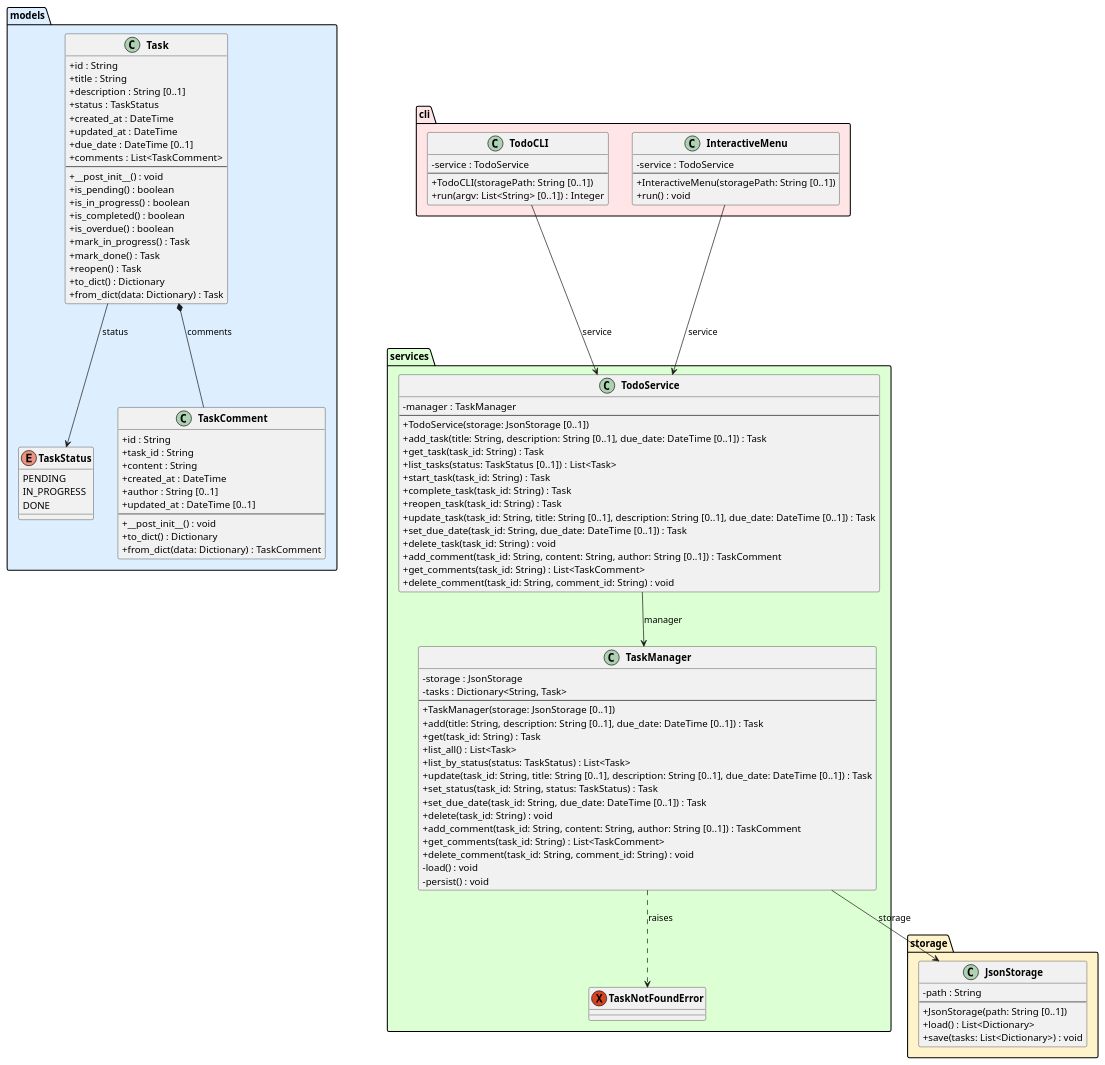
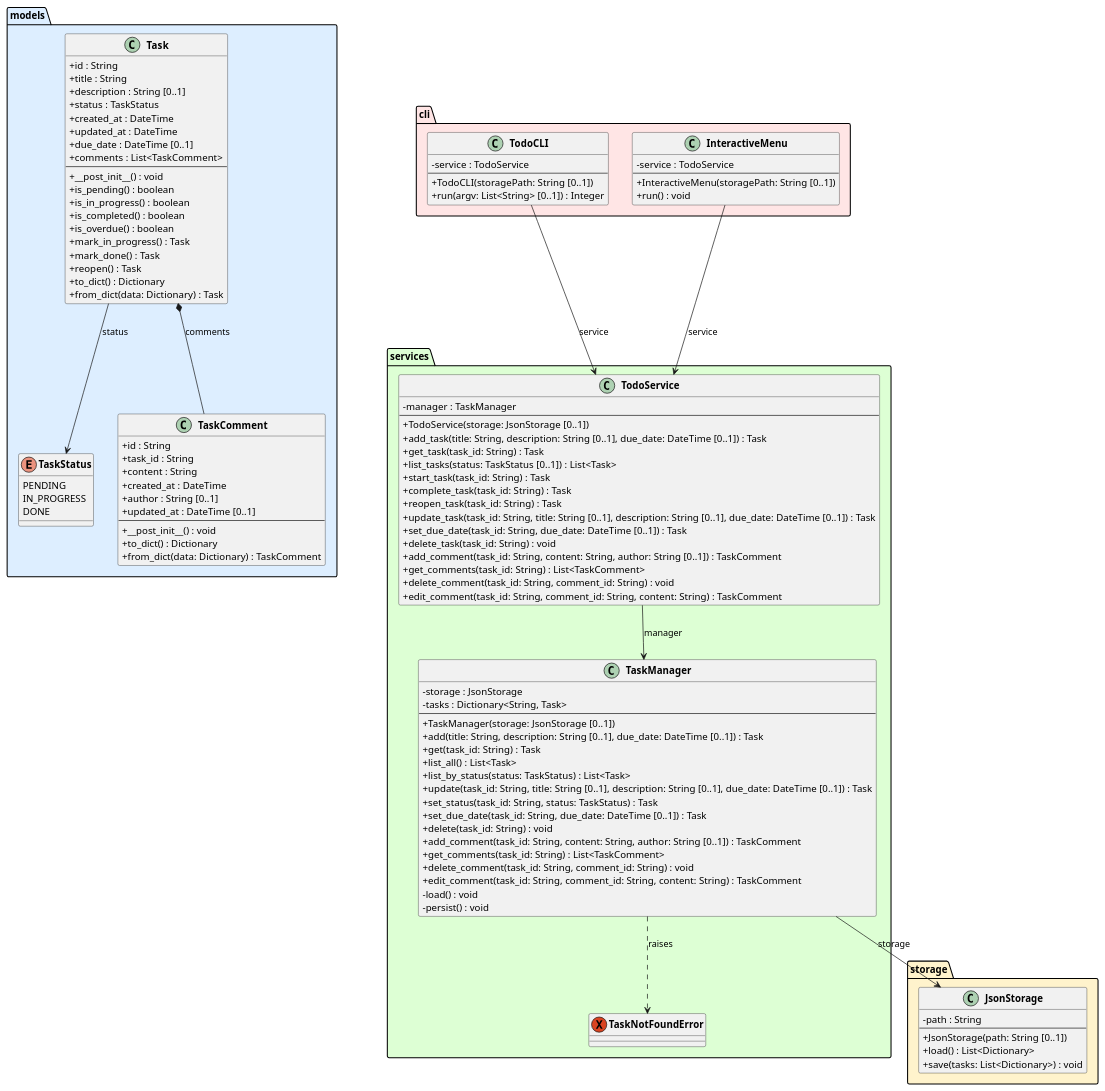
The diagram in experiments/pipeline/user_stories/TODO/artifacts/class_diagram.puml (DanielRiha8906/Software_autoevolution_using_agents), drawn with PlantUML before and after one commit. The commit also changed 14 other files, not shown here.

```diff
--- a/experiments/pipeline/user_stories/TODO/artifacts/class_diagram.puml
+++ b/experiments/pipeline/user_stories/TODO/artifacts/class_diagram.puml
@@ -1,125 +1,127 @@
 @startuml class_diagram
 
 skinparam classAttributeIconSize 0
 skinparam classFontStyle bold
 
 package "models" #DDEEFF {
     enum TaskStatus {
         PENDING
         IN_PROGRESS
         DONE
     }
 
     class Task {
         +id : String
         +title : String
         +description : String [0..1]
         +status : TaskStatus
         +created_at : DateTime
         +updated_at : DateTime
         +due_date : DateTime [0..1]
         +comments : List<TaskComment>
         --
         +__post_init__() : void
         +is_pending() : boolean
         +is_in_progress() : boolean
         +is_completed() : boolean
         +is_overdue() : boolean
         +mark_in_progress() : Task
         +mark_done() : Task
         +reopen() : Task
         +to_dict() : Dictionary
         +from_dict(data: Dictionary) : Task
     }
 
     class TaskComment {
         +id : String
         +task_id : String
         +content : String
         +created_at : DateTime
         +author : String [0..1]
         +updated_at : DateTime [0..1]
         --
         +__post_init__() : void
         +to_dict() : Dictionary
         +from_dict(data: Dictionary) : TaskComment
     }
 }
 
 package "storage" #FFF3CC {
     class JsonStorage {
         -path : String
         --
         +JsonStorage(path: String [0..1])
         +load() : List<Dictionary>
         +save(tasks: List<Dictionary>) : void
     }
 }
 
 package "services" #DDFFD4 {
     exception TaskNotFoundError
 
     class TaskManager {
         -storage : JsonStorage
         -tasks : Dictionary<String, Task>
         --
         +TaskManager(storage: JsonStorage [0..1])
         +add(title: String, description: String [0..1], due_date: DateTime [0..1]) : Task
         +get(task_id: String) : Task
         +list_all() : List<Task>
         +list_by_status(status: TaskStatus) : List<Task>
         +update(task_id: String, title: String [0..1], description: String [0..1], due_date: DateTime [0..1]) : Task
         +set_status(task_id: String, status: TaskStatus) : Task
         +set_due_date(task_id: String, due_date: DateTime [0..1]) : Task
         +delete(task_id: String) : void
         +add_comment(task_id: String, content: String, author: String [0..1]) : TaskComment
         +get_comments(task_id: String) : List<TaskComment>
         +delete_comment(task_id: String, comment_id: String) : void
+        +edit_comment(task_id: String, comment_id: String, content: String) : TaskComment
         -load() : void
         -persist() : void
     }
 
     class TodoService {
         -manager : TaskManager
         --
         +TodoService(storage: JsonStorage [0..1])
         +add_task(title: String, description: String [0..1], due_date: DateTime [0..1]) : Task
         +get_task(task_id: String) : Task
         +list_tasks(status: TaskStatus [0..1]) : List<Task>
         +start_task(task_id: String) : Task
         +complete_task(task_id: String) : Task
         +reopen_task(task_id: String) : Task
         +update_task(task_id: String, title: String [0..1], description: String [0..1], due_date: DateTime [0..1]) : Task
         +set_due_date(task_id: String, due_date: DateTime [0..1]) : Task
         +delete_task(task_id: String) : void
         +add_comment(task_id: String, content: String, author: String [0..1]) : TaskComment
         +get_comments(task_id: String) : List<TaskComment>
         +delete_comment(task_id: String, comment_id: String) : void
+        +edit_comment(task_id: String, comment_id: String, content: String) : TaskComment
     }
 }
 
 package "cli" #FFE5E5 {
     class TodoCLI {
         -service : TodoService
         --
         +TodoCLI(storagePath: String [0..1])
         +run(argv: List<String> [0..1]) : Integer
     }
 
     class InteractiveMenu {
         -service : TodoService
         --
         +InteractiveMenu(storagePath: String [0..1])
         +run() : void
     }
 }
 
 Task --> TaskStatus : status
 Task *-- TaskComment : comments
 TaskManager --> JsonStorage : storage
 TaskManager ..> TaskNotFoundError : raises
 TodoService --> TaskManager : manager
 TodoCLI --> TodoService : service
 InteractiveMenu --> TodoService : service
 
 @enduml
```
